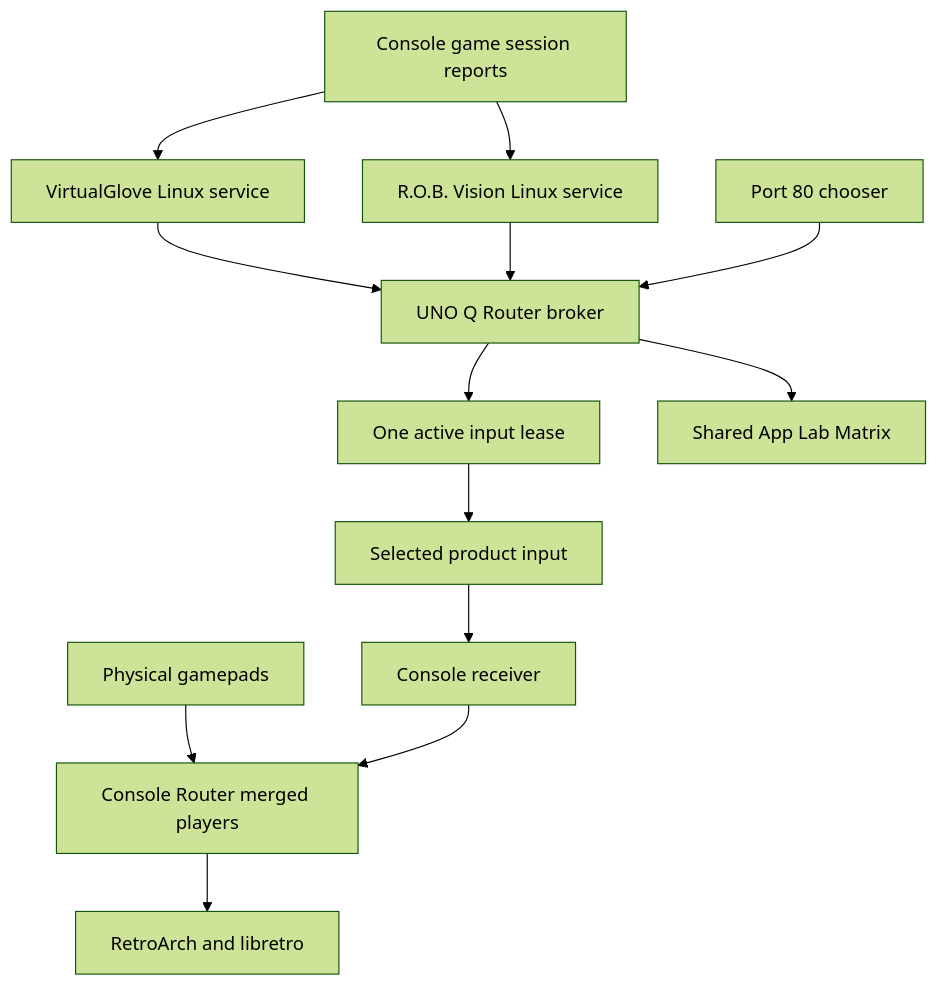
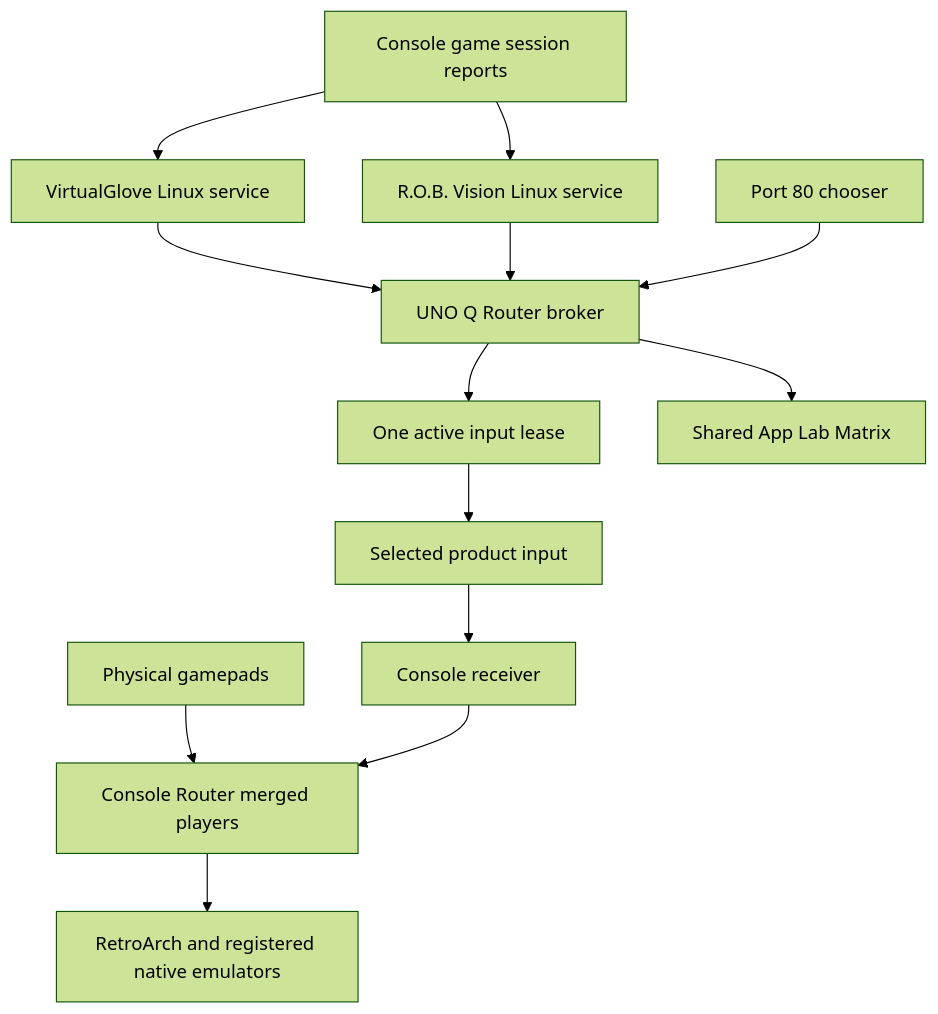
Before and after one commit to mathan416/Controller-Router: the diagram in docs/TECHNICAL_REFERENCE.md, drawn with Mermaid (forest theme). The commit also changed other lines of this file and 13 other files, not shown here.

````diff
--- a/docs/TECHNICAL_REFERENCE.md
+++ b/docs/TECHNICAL_REFERENCE.md
@@ -20,15 +20,15 @@
 ```mermaid
 flowchart TB
   Console[Console game session reports] --> VG[VirtualGlove Linux service]
   Console --> ROB[R.O.B. Vision Linux service]
   VG --> Router[UNO Q Router broker]
   ROB --> Router
   Web[Port 80 chooser] --> Router
   Router --> Lease[One active input lease]
   Router --> Matrix[Shared App Lab Matrix]
   Lease --> Product[Selected product input]
   Product --> Receiver[Console receiver]
   Pads[Physical gamepads] --> Merge[Console Router merged players]
   Receiver --> Merge
-  Merge --> Core[RetroArch and libretro]
+  Merge --> Core[RetroArch and registered native emulators]
 ```
````
